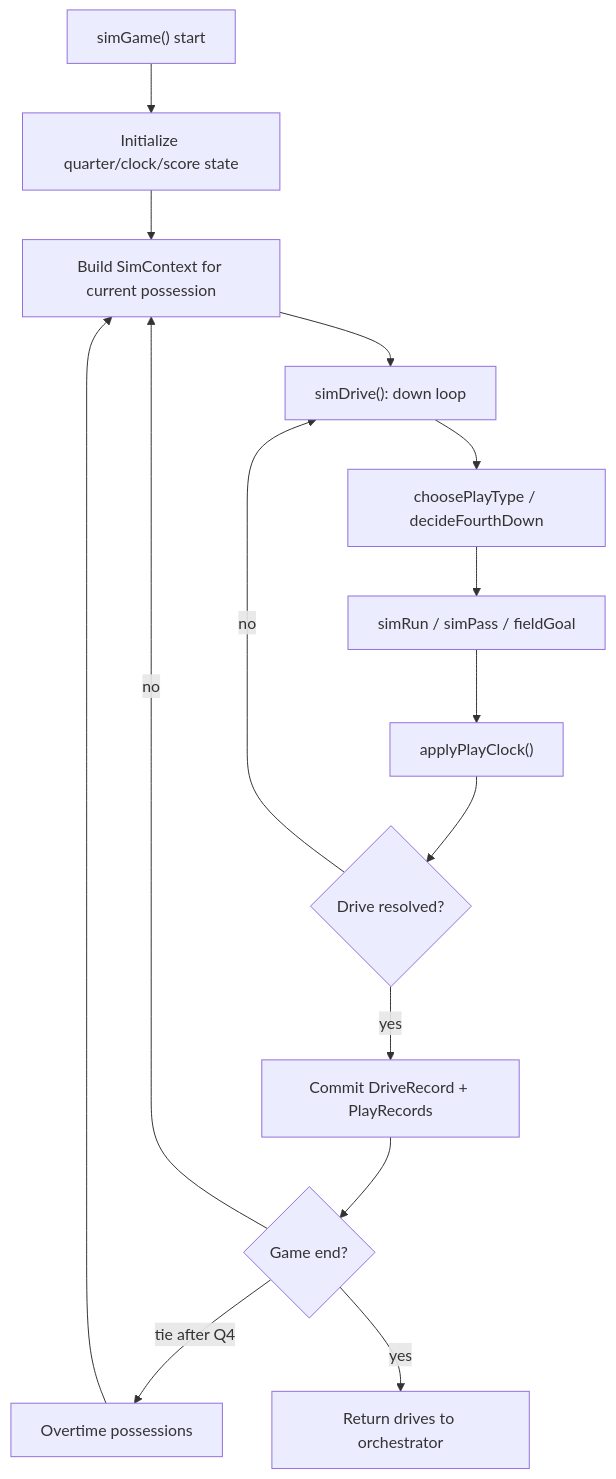
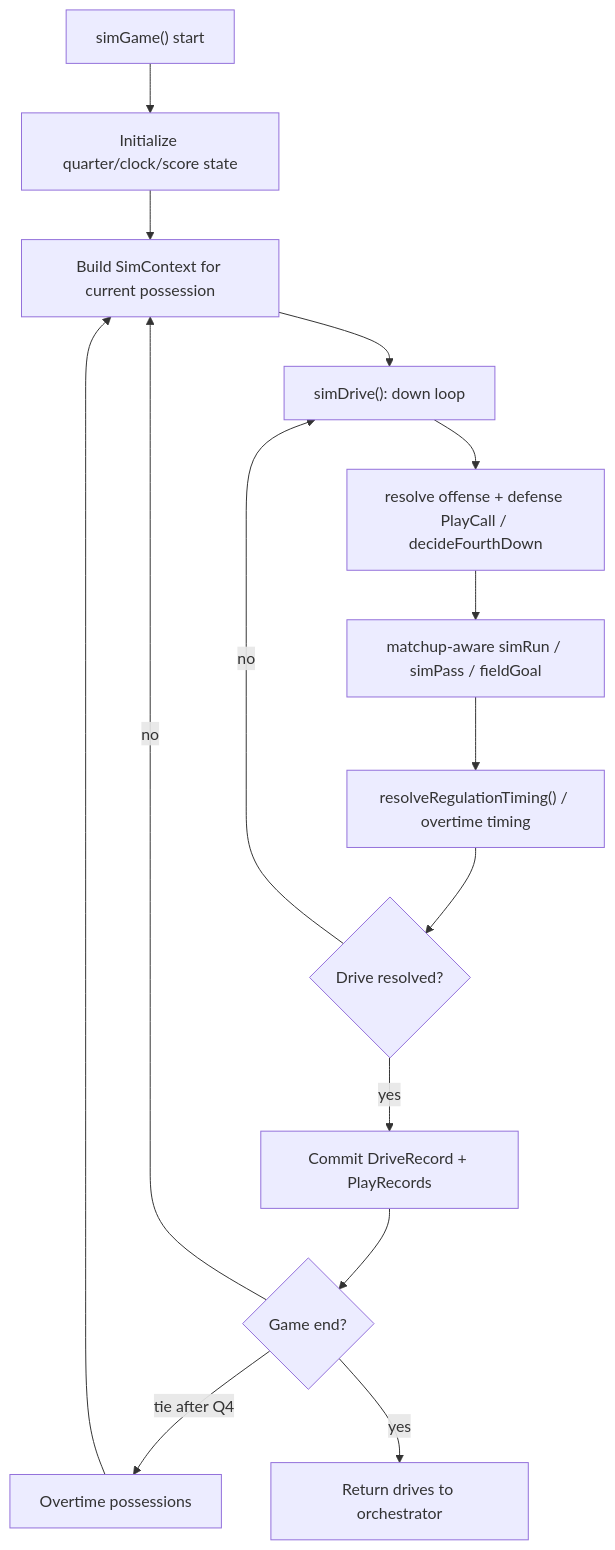
The first of 2 diagrams in docs/systems/simulation-engine.md (rdettling/cfbsim), drawn with Mermaid before and after one commit. The commit also changed other lines of this file and 96 other files, not shown here.

````diff
--- a/docs/systems/simulation-engine.md
+++ b/docs/systems/simulation-engine.md
@@ -49,17 +68,17 @@
 ```mermaid
 flowchart TD
   A["simGame() start"] --> B["Initialize quarter/clock/score state"]
   B --> C["Build SimContext for current possession"]
   C --> D["simDrive(): down loop"]
-  D --> E["choosePlayType / decideFourthDown"]
-  E --> F["simRun / simPass / fieldGoal"]
-  F --> G["applyPlayClock()"]
+  D --> E["resolve offense + defense PlayCall / decideFourthDown"]
+  E --> F["matchup-aware simRun / simPass / fieldGoal"]
+  F --> G["resolveRegulationTiming() / overtime timing"]
   G --> H{"Drive resolved?"}
   H -- no --> D
   H -- yes --> I["Commit DriveRecord + PlayRecords"]
   I --> J{"Game end?"}
   J -- no --> C
   J -- tie after Q4 --> K["Overtime possessions"]
   K --> C
   J -- yes --> L["Return drives to orchestrator"]
 ```
````
